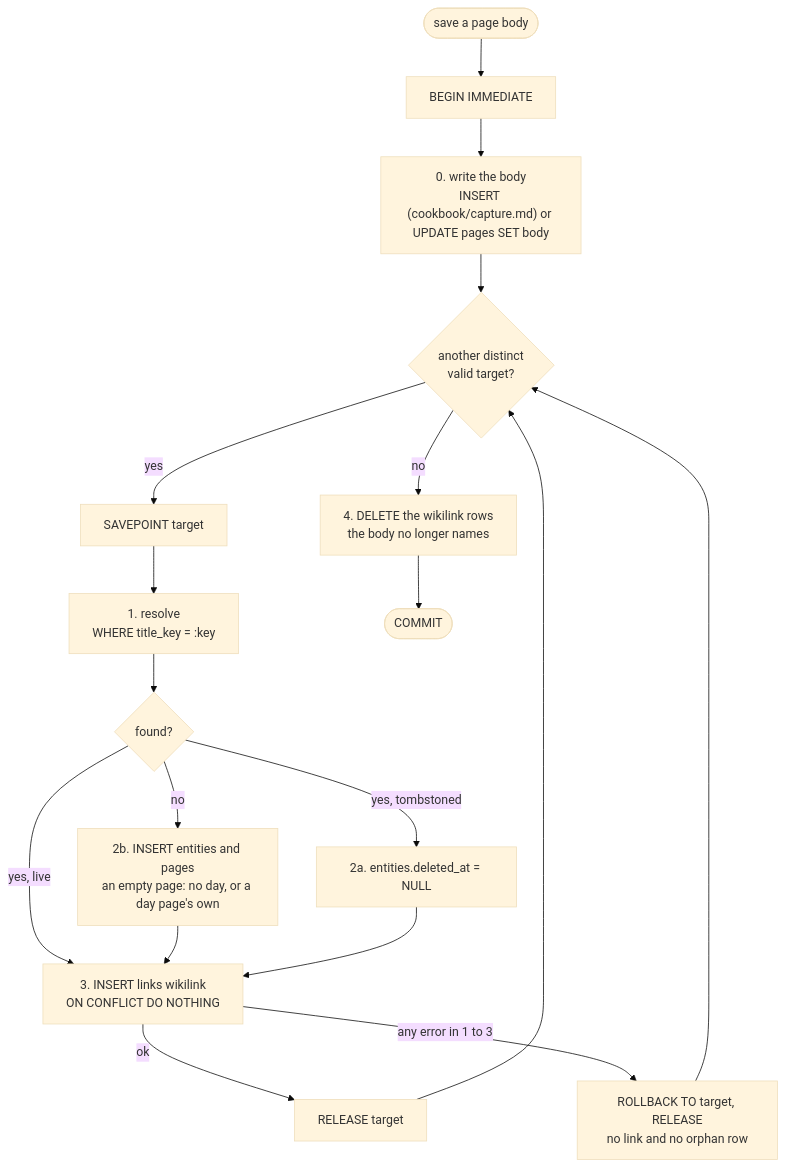
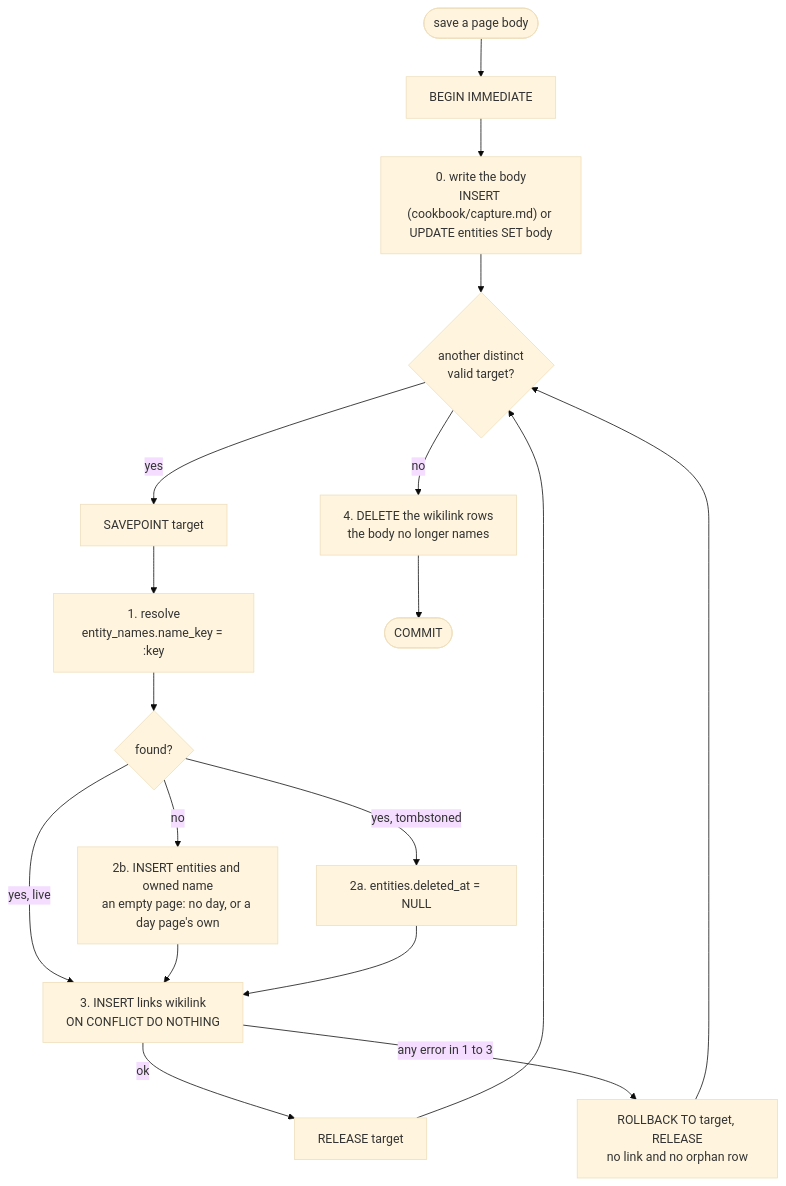
One commit to alexradunet/lifelogdb changed the diagram in docs/cookbook/save-a-body.md. Above: the diagram before and after it, drawn with Mermaid (base theme). The commit also changed other lines of this file and 233 other files, not shown here.

````diff
--- a/docs/cookbook/save-a-body.md
+++ b/docs/cookbook/save-a-body.md
@@ -9,21 +9,21 @@
 ```mermaid
 %% diagram: save-flow
 flowchart TD
     start(["save a page body"]) --> begin["BEGIN IMMEDIATE"]
-    begin --> body["0. write the body<br/>INSERT (cookbook/capture.md) or UPDATE pages SET body"]
+    begin --> body["0. write the body<br/>INSERT (cookbook/capture.md) or UPDATE entities SET body"]
     body --> more{"another distinct<br/>valid target?"}
     more -->|"yes"| sp["SAVEPOINT target"]
-    sp --> resolve["1. resolve<br/>WHERE title_key = :key"]
+    sp --> resolve["1. resolve<br/>entity_names.name_key = :key"]
     resolve --> found{"found?"}
-    found -->|"no"| create["2b. INSERT entities and pages<br/>an empty page: no day, or a day page's own"]
+    found -->|"no"| create["2b. INSERT entities and owned name<br/>an empty page: no day, or a day page's own"]
     found -->|"yes, tombstoned"| revive["2a. entities.deleted_at = NULL"]
     found -->|"yes, live"| link
     create --> link["3. INSERT links wikilink<br/>ON CONFLICT DO NOTHING"]
     revive --> link
     link -->|"ok"| release["RELEASE target"]
     link -->|"any error in 1 to 3"| back["ROLLBACK TO target, RELEASE<br/>no link and no orphan row"]
     release --> more
     back --> more
     more -->|"no"| prune["4. DELETE the wikilink rows<br/>the body no longer names"]
     prune --> commit(["COMMIT"])
 ```
````
